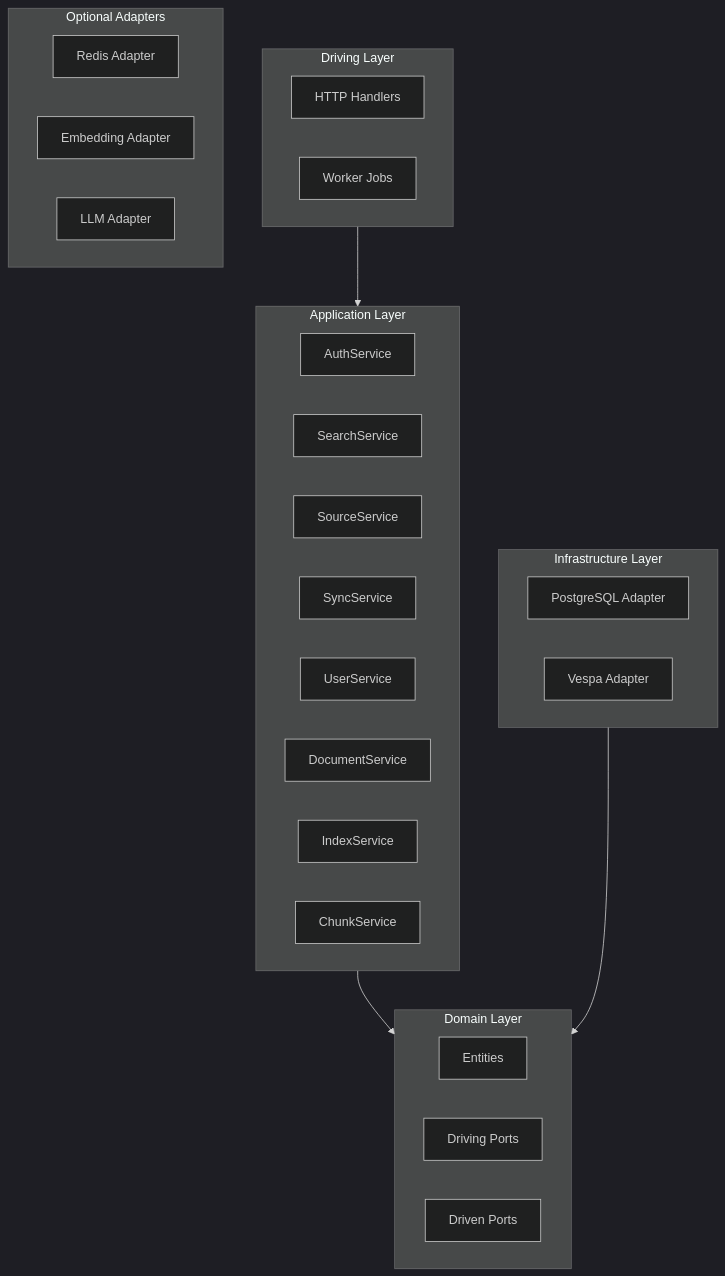
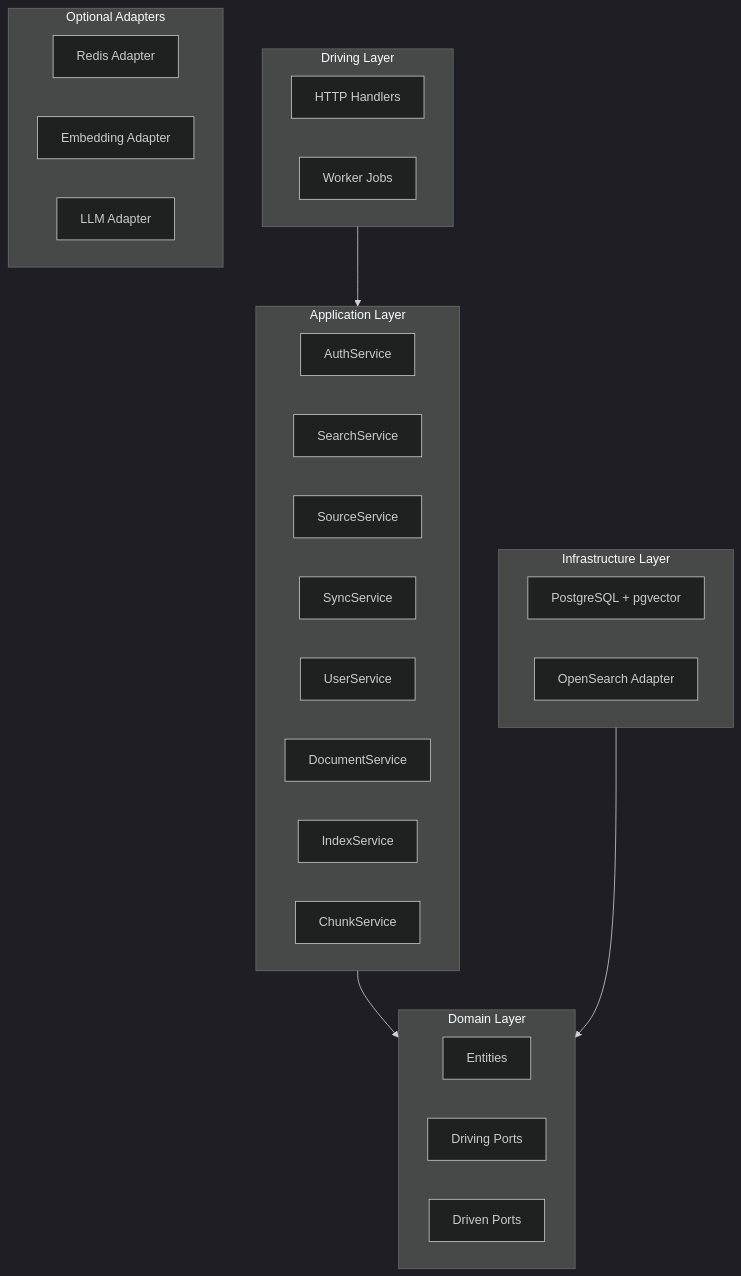
Before and after one commit to gurusheydeo/sercha-oss-docs: the diagram in docs/core/architecture/layers.md, drawn with Mermaid (dark theme). The commit also changed other lines of this file and 45 other files, not shown here.

First line of the commit message:
docs: migrate documentation from Vespa to OpenSearch/pgvector

````diff
--- a/docs/core/architecture/layers.md
+++ b/docs/core/architecture/layers.md
@@ -14,39 +14,39 @@
 ```mermaid
 graph TB
     subgraph UI["Driving Layer"]
         HTTP[HTTP Handlers]
         Worker[Worker Jobs]
     end
 
     subgraph App["Application Layer"]
         Auth[AuthService]
         Search[SearchService]
         Source[SourceService]
         Sync[SyncService]
         User[UserService]
         Doc[DocumentService]
         Index[IndexService]
         Chunk[ChunkService]
     end
 
     subgraph Domain["Domain Layer"]
         Entities[Entities]
         DPorts[Driving Ports]
         IPorts[Driven Ports]
     end
 
     subgraph Infra["Infrastructure Layer"]
-        PG[PostgreSQL Adapter]
-        Vespa[Vespa Adapter]
+        PG[PostgreSQL + pgvector]
+        OS[OpenSearch Adapter]
     end
 
     subgraph Optional["Optional Adapters"]
         Redis[Redis Adapter]
         Embed[Embedding Adapter]
         LLM[LLM Adapter]
     end
 
     UI --> App
     App --> Domain
     Infra --> Domain
 ```
````
